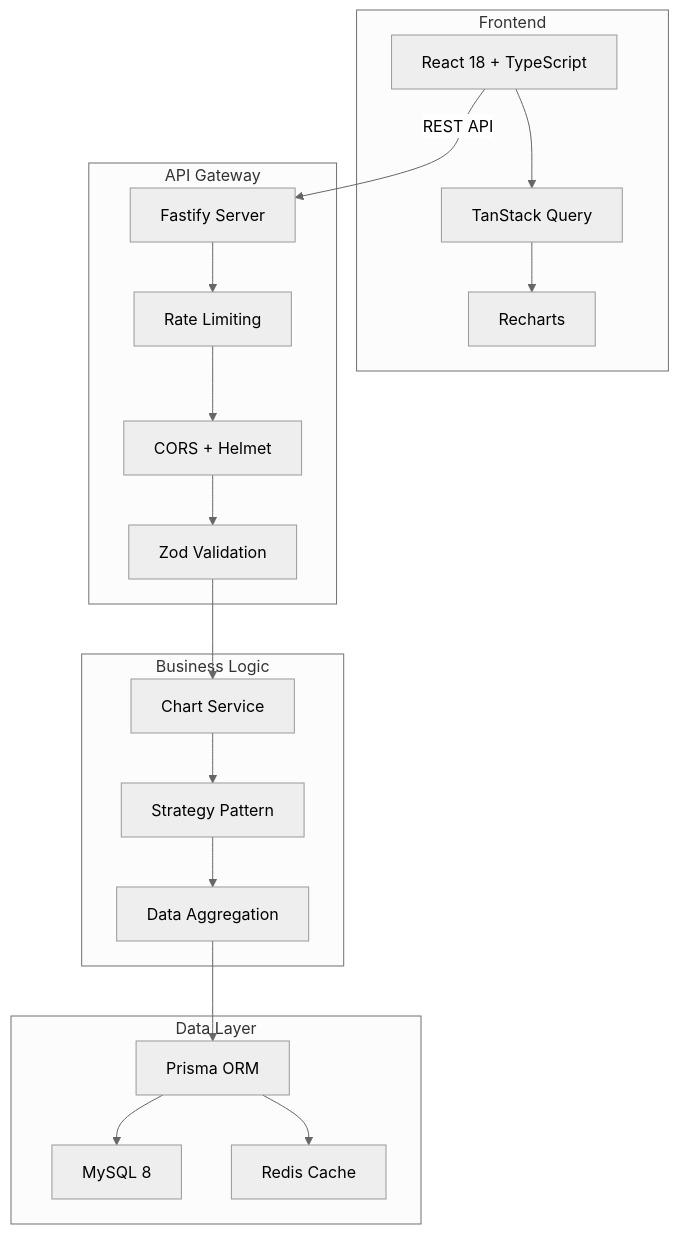
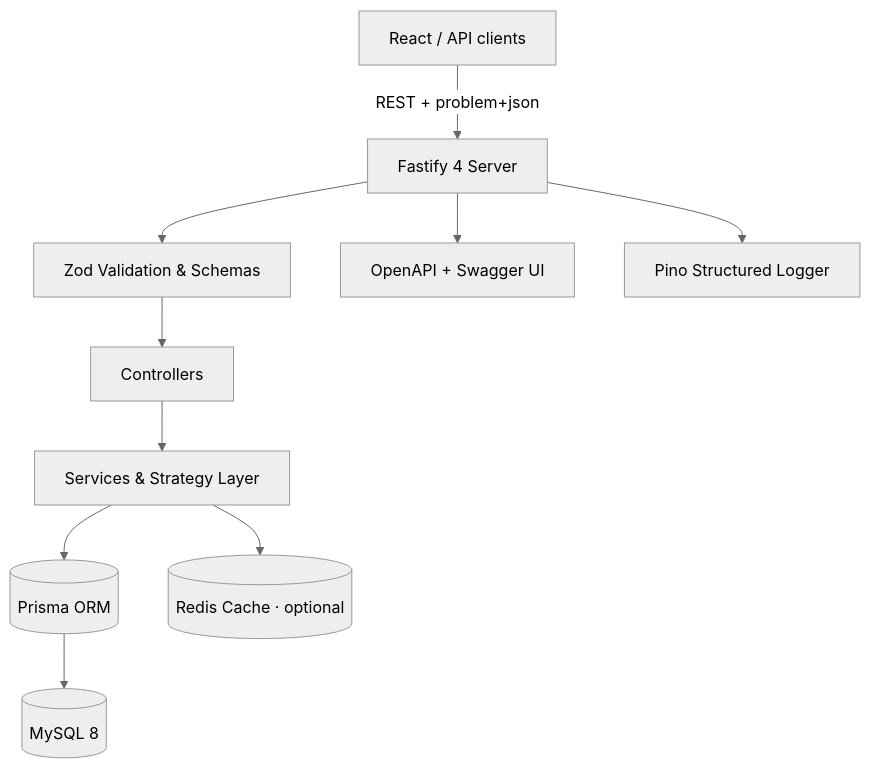
The diagram in README.md (mariolqn/Teste-entrevista-Pessoal), drawn with Mermaid (neutral theme) before and after one commit. The commit also changed other lines of this file and 1 other file, not shown here.

````diff
--- a/README.md
+++ b/README.md
@@ -33,27 +83,12 @@
 ```mermaid
-graph TB
-    subgraph "Frontend"
-        A[React 18 + TypeScript] --> B[TanStack Query]
-        B --> C[Recharts]
-    end
-    
-    subgraph "API Gateway"
-        D[Fastify Server] --> E[Rate Limiting]
-        E --> F[CORS + Helmet]
-        F --> G[Zod Validation]
-    end
-    
-    subgraph "Business Logic"
-        H[Chart Service] --> I[Strategy Pattern]
-        I --> J[Data Aggregation]
-    end
-    
-    subgraph "Data Layer"
-        K[Prisma ORM] --> L[MySQL 8]
-        K --> M[Redis Cache]
-    end
-    
-    A -->|REST API| D
-    G --> H
-    J --> K
+graph TD
+    A[React / API clients] -->|REST + problem+json| B[Fastify 4 Server]
+    B --> C[Zod Validation & Schemas]
+    C --> D[Controllers]
+    D --> E[Services & Strategy Layer]
+    E --> F[(Prisma ORM)]
+    F --> G[(MySQL 8)]
+    E --> H[(Redis Cache · optional)]
+    B --> I[OpenAPI + Swagger UI]
+    B --> J[Pino Structured Logger]
 ```
````
